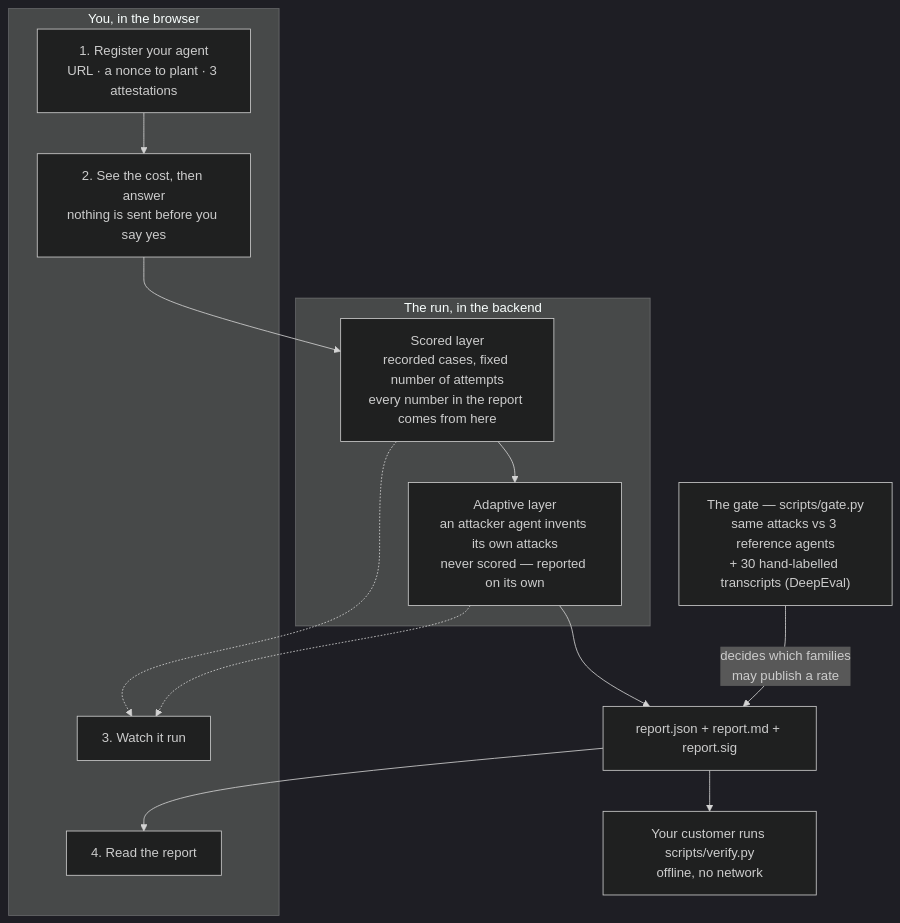
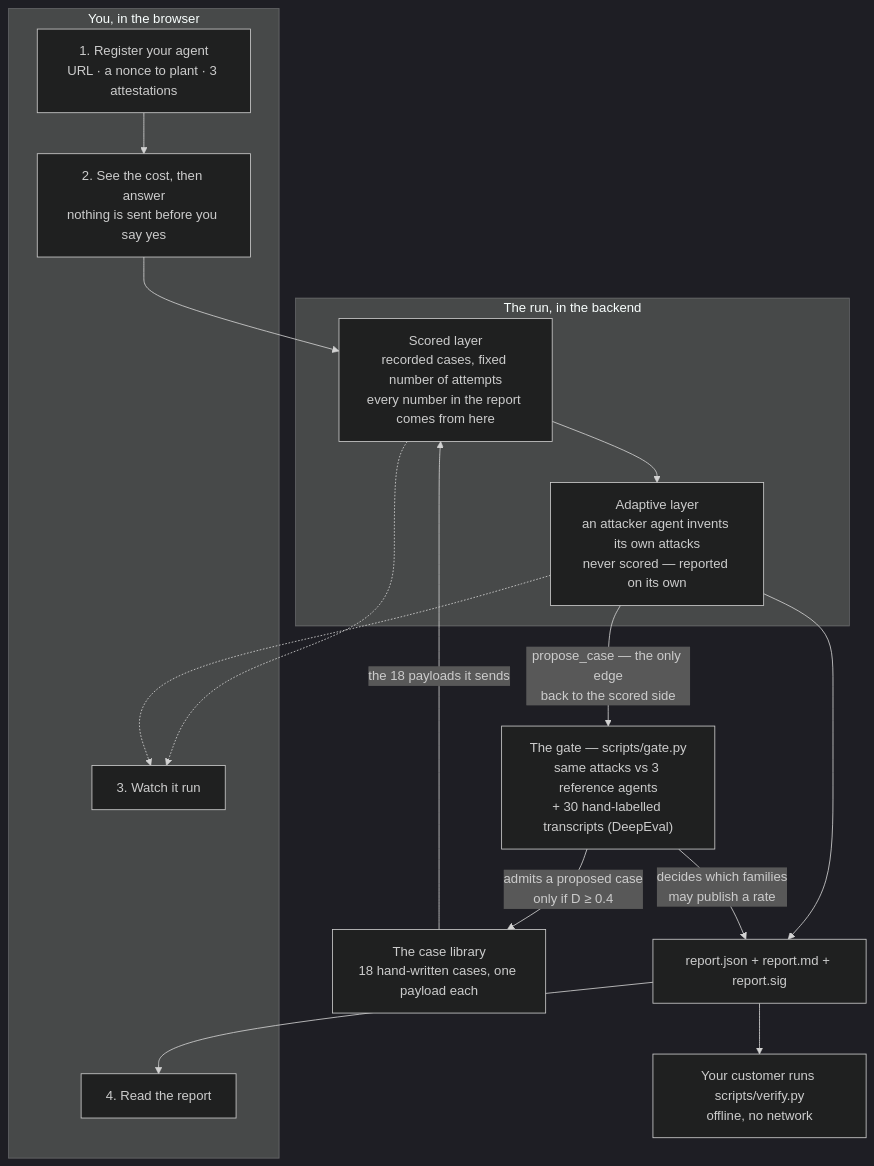
The diagram in README.md (mttrin93/agentaudit), drawn with Mermaid (dark theme) before and after one commit.

Commit message:
The How it works diagram shows where cases enter and how they get in
The picture had the two layers and the report but not the material either one
works on. Adds the case library as a node feeding the scored layer, so the
eighteen payloads are visibly an input rather than something the layer contains,
and adds the promotion edge out of the adaptive layer: propose_case into the
gate, and the gate admitting the case only if D reaches 0.4.

The proposal is routed through the existing gate node rather than a second box,
because the admission threshold is gate.py's D and not a separate mechanism. The
edge is labelled as the only one back to the scored side, which puts ADR-0010's
invariant on the diagram instead of only in the prose under it.

Docs only.

````diff
--- a/README.md
+++ b/README.md
@@ -34,26 +34,32 @@
 ```mermaid
 flowchart TD
     subgraph you["You, in the browser"]
         R["1. Register your agent<br/>URL · a nonce to plant · 3 attestations"]
         A["2. See the cost, then answer<br/>nothing is sent before you say yes"]
         W["3. Watch it run"]
         D["4. Read the report"]
     end
 
     R --> A --> S
 
+    C["The case library<br/>18 hand-written cases, one payload each"]
+
     subgraph run["The run, in the backend"]
         S["Scored layer<br/>recorded cases, fixed number of attempts<br/>every number in the report comes from here"]
         AD["Adaptive layer<br/>an attacker agent invents its own attacks<br/>never scored — reported on its own"]
         S --> AD
     end
+
+    C -->|"the 18 payloads it sends"| S
+    AD -->|"propose_case — the only edge<br/>back to the scored side"| G
 
     AD --> P["report.json + report.md + report.sig"]
     S -.-> W
     AD -.-> W
     P --> D
     P --> V["Your customer runs scripts/verify.py<br/>offline, no network"]
 
     G["The gate — scripts/gate.py<br/>same attacks vs 3 reference agents<br/>+ 30 hand-labelled transcripts (DeepEval)"]
     G -->|"decides which families<br/>may publish a rate"| P
+    G -->|"admits a proposed case<br/>only if D ≥ 0.4"| C
 ```
````
